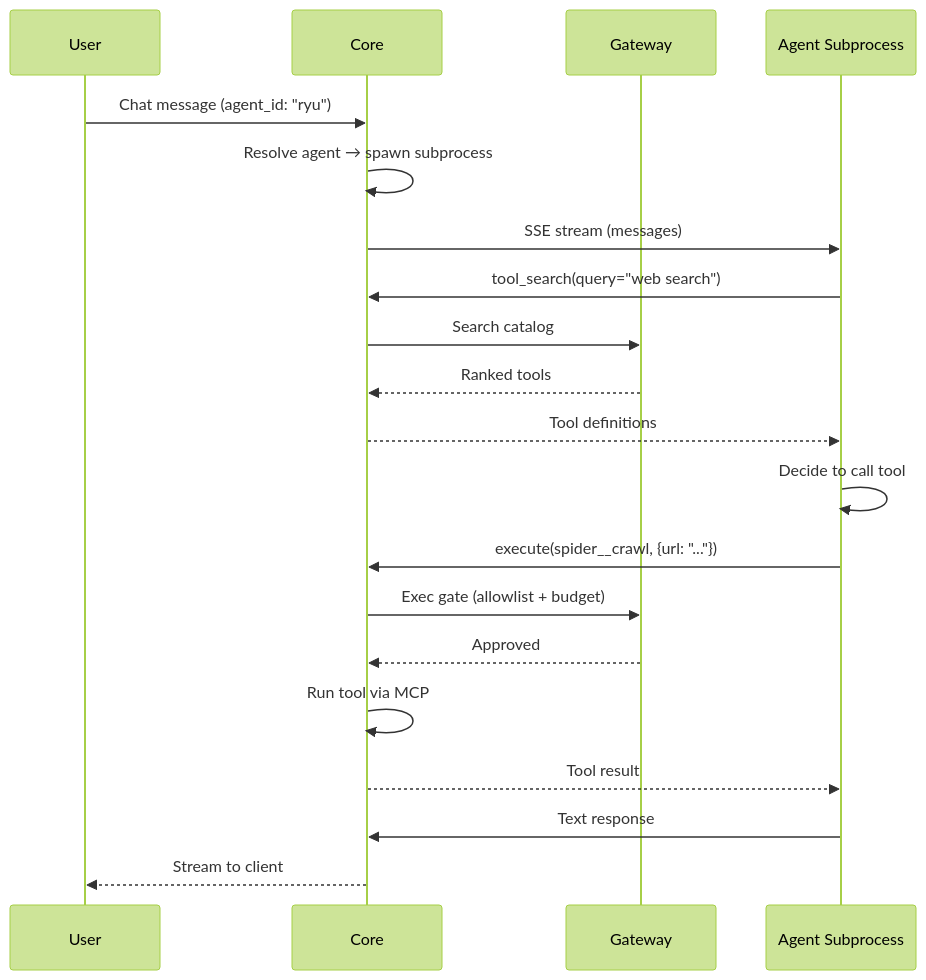
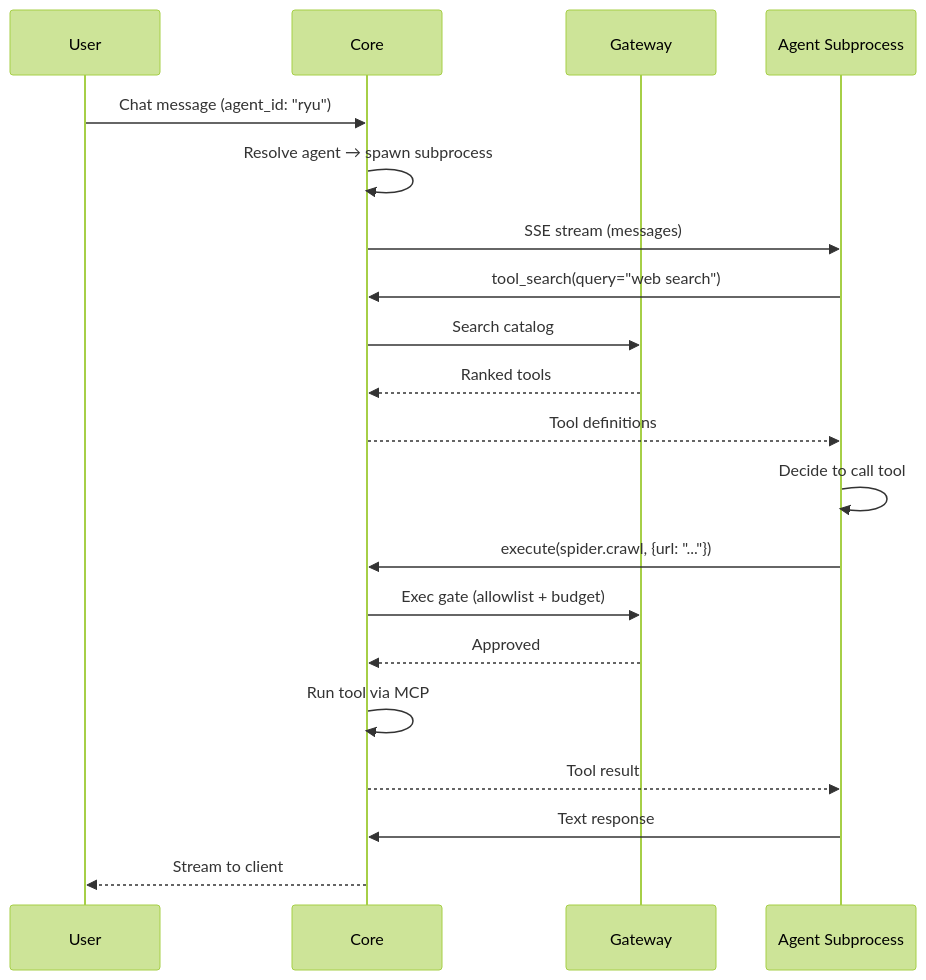
One commit to amajorai/ryu-docs changed the first of 4 diagrams in content/docs/extend/integrate/acp-integration.mdx. Above: the diagram before and after it, drawn with Mermaid (forest theme). The commit also changed other lines of this file and 317 other files, not shown here.

````diff
--- a/content/docs/extend/integrate/acp-integration.mdx
+++ b/content/docs/extend/integrate/acp-integration.mdx
@@ -19,23 +19,23 @@
 ```mermaid
 sequenceDiagram
   participant U as User
   participant K as Core
   participant G as Gateway
   participant A as Agent Subprocess
 
   U->>K: Chat message (agent_id: "ryu")
   K->>K: Resolve agent → spawn subprocess
   K->>A: SSE stream (messages)
   A->>K: tool_search(query="web search")
   K->>G: Search catalog
   G-->>K: Ranked tools
   K-->>A: Tool definitions
   A->>A: Decide to call tool
-  A->>K: execute(spider__crawl, {url: "..."})
+  A->>K: execute(spider.crawl, {url: "..."})
   K->>G: Exec gate (allowlist + budget)
   G-->>K: Approved
   K->>K: Run tool via MCP
   K-->>A: Tool result
   A->>K: Text response
   K-->>U: Stream to client
 ```
````
